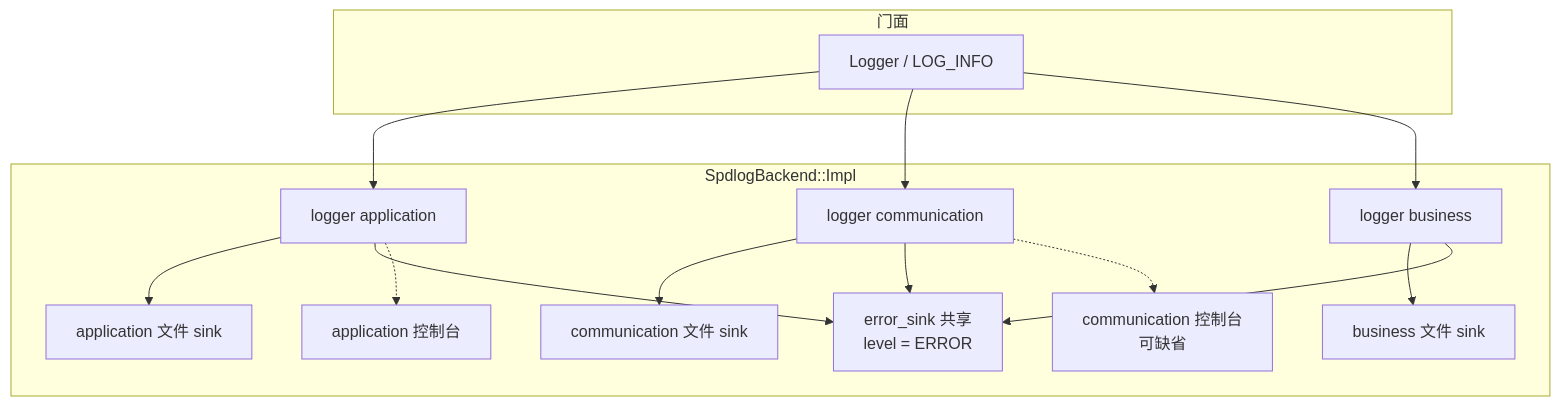
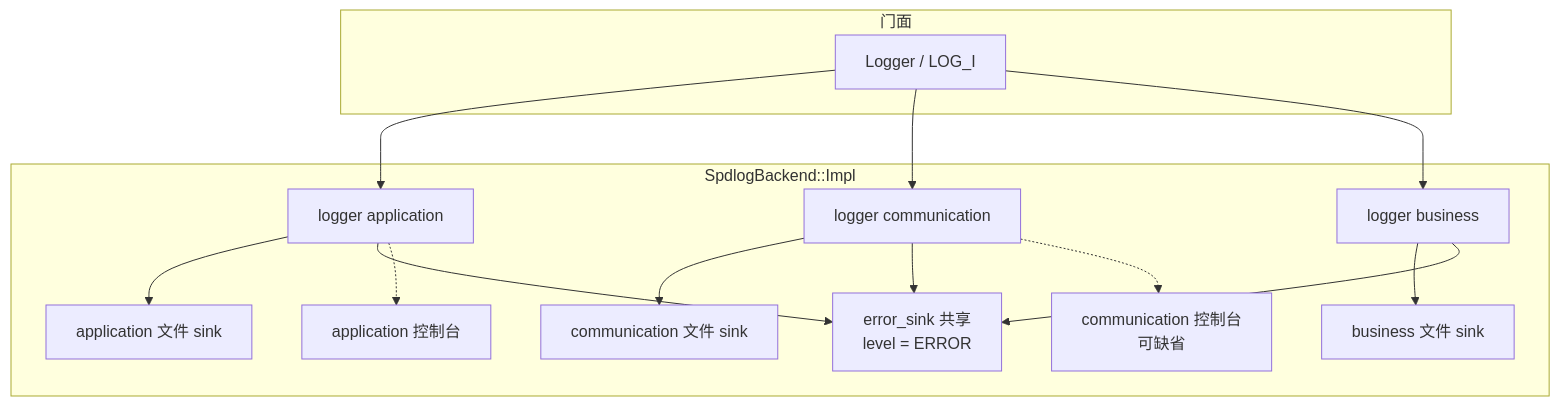
One commit to Cgf1020/ToolKit changed the third of 3 diagrams in src/base/log/spdlog/README.md. Above: the diagram before and after it, drawn with Mermaid. The commit also changed other lines of this file and 49 other files, not shown here.

````diff
--- a/src/base/log/spdlog/README.md
+++ b/src/base/log/spdlog/README.md
@@ -199,29 +198,29 @@
 ```mermaid
 flowchart TB
   subgraph 门面
-    API["Logger / LOG_INFO"]
+    API["Logger / LOG_I"]
   end
   subgraph "SpdlogBackend::Impl"
     M1["logger application"]
     M2["logger communication"]
     M3["logger business"]
     EF["error_sink 共享<br/>level = ERROR"]
     F1["application 文件 sink"]
     F2["communication 文件 sink"]
     F3["business 文件 sink"]
     C1["application 控制台"]
     C2["communication 控制台<br/>可缺省"]
   end
 
   API --> M1
   API --> M2
   API --> M3
   M1 --> F1
   M1 --> EF
   M1 -.-> C1
   M2 --> F2
   M2 --> EF
   M2 -.-> C2
   M3 --> F3
   M3 --> EF
 ```
````
